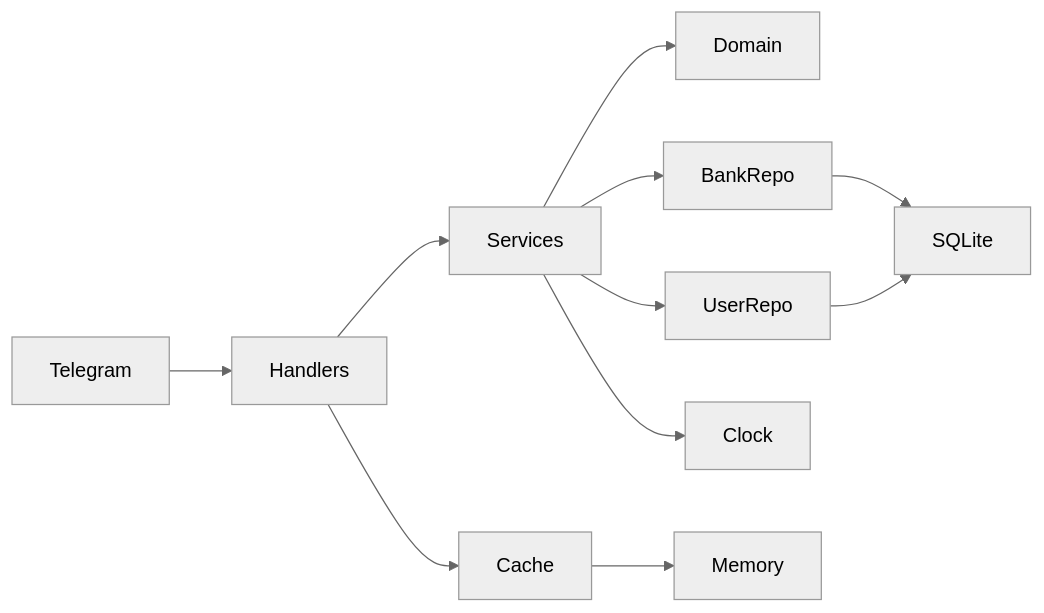
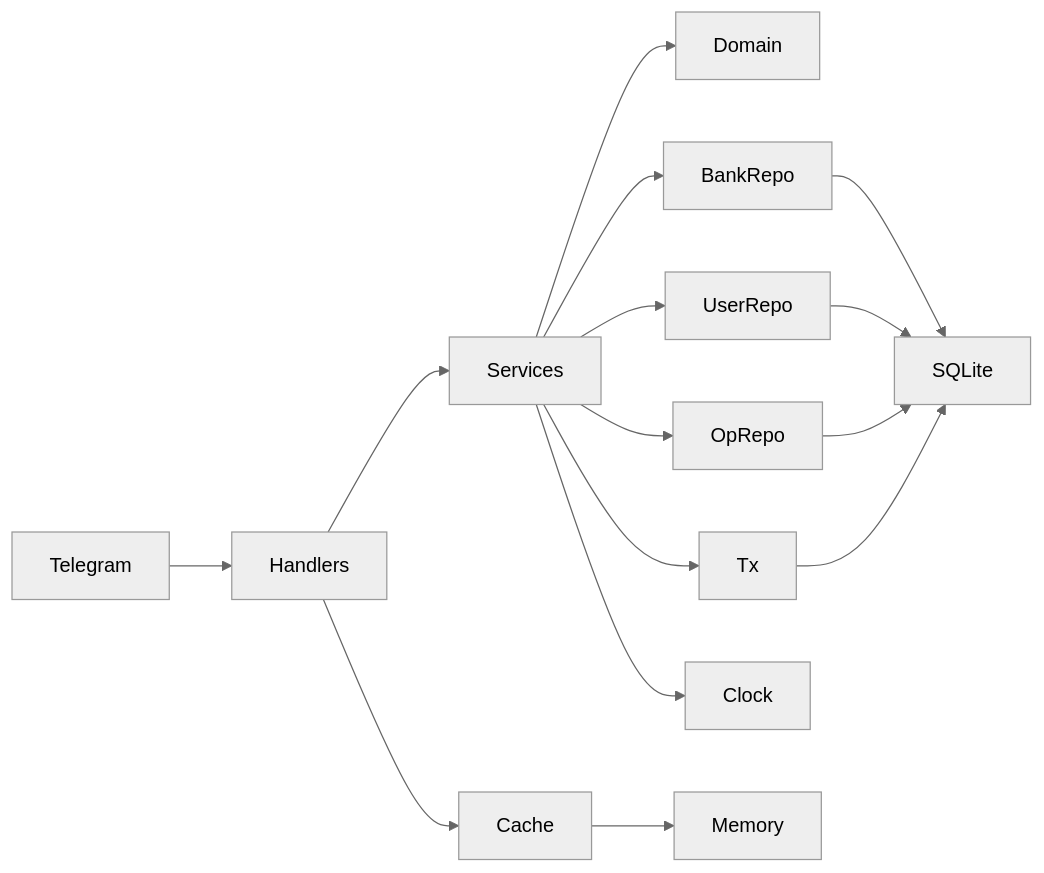
The second of 2 diagrams in plan.md (undochlorine/finbot), drawn with Mermaid (neutral theme) before and after one commit. The commit also changed other lines of this file and 59 other files, not shown here.

````diff
--- a/plan.md
+++ b/plan.md
@@ -157,13 +157,17 @@
 ```mermaid
 flowchart LR
   TG[Telegram] --> Handlers
   Handlers --> Services
   Services --> Domain
   Services --> BankRepo
   Services --> UserRepo
+  Services --> OpRepo
+  Services --> Tx
   Services --> Clock
   BankRepo --> SQLite
   UserRepo --> SQLite
+  OpRepo --> SQLite
+  Tx --> SQLite
   Handlers --> Cache
   Cache --> Memory
 ```
````
